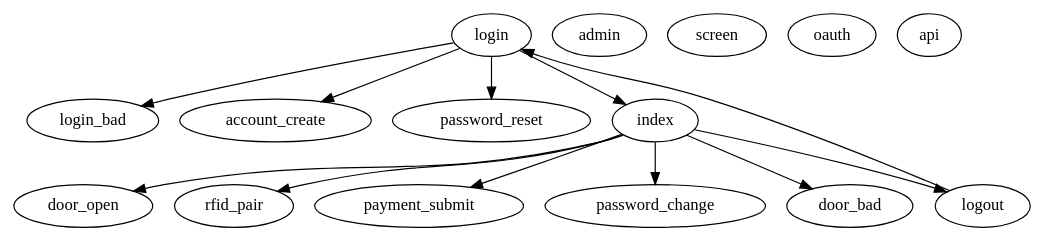
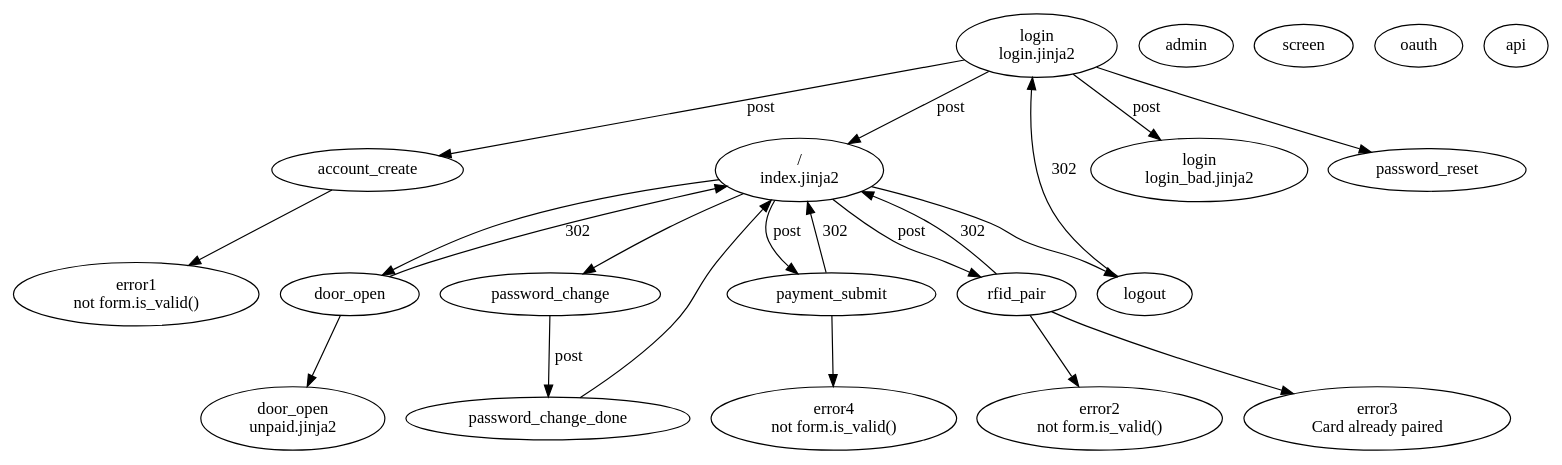
The diagram in docs/site-flow.dot (dimsumlabs/hackman), drawn with Graphviz before and after one commit.

Commit message:
Be more clear about documenting how the pages transition

```diff
--- a/docs/site-flow.dot
+++ b/docs/site-flow.dot
@@ -1,27 +1,51 @@
 #
 # Outline of the various pages and how they link to each other
 #
 
 digraph g{
 
-    login -> login_bad;
-    login -> account_create;
+    # All the templates, with internal names for them
+    account_create;
+    index [label="/\nindex.jinja2"];
+    login [label="\N\nlogin.jinja2"];
+    login_bad [label="login\nlogin_bad.jinja2"];
+    door_open_bad [label="door_open\nunpaid.jinja2"];
+
+    error1 [label="\N\nnot form.is_valid()"];
+    error2 [label="\N\nnot form.is_valid()"];
+    error3 [label="\N\nCard already paired"];
+    error4 [label="\N\nnot form.is_valid()"];
+
+    login -> login_bad [label=post];
     login -> password_reset;
+    login -> account_create [label=post];
+    login -> index [label=post];
 
-    login -> index;
+    account_create -> error1;
 
     index -> door_open;
-    index -> rfid_pair;
-    index -> payment_submit;
+    door_open -> door_open_bad;
+    door_open -> index [label=302];
+
     index -> password_change;
+    password_change -> password_change_done [label=post];
+    password_change_done -> index;
+
+    index -> payment_submit [label=post];
+    payment_submit -> index [label=302];
+    payment_submit -> error4;
+
+    index -> rfid_pair [label=post];
+    rfid_pair -> index [label=302];
+    rfid_pair -> error2;
+    rfid_pair -> error3;
+
     index -> logout;
+    logout -> login [label=302];
 
-    index -> door_bad;
-
-    logout -> login;
 
     admin;
     screen;
     oauth;
     api;
 }
```
